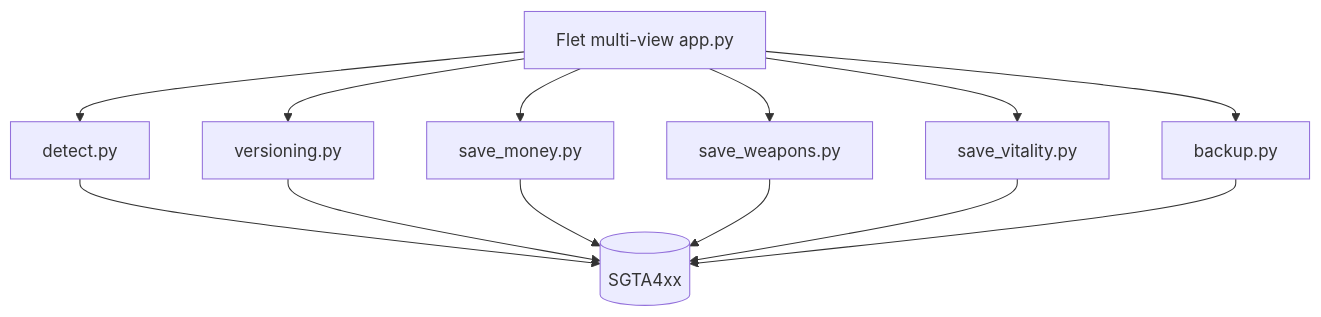
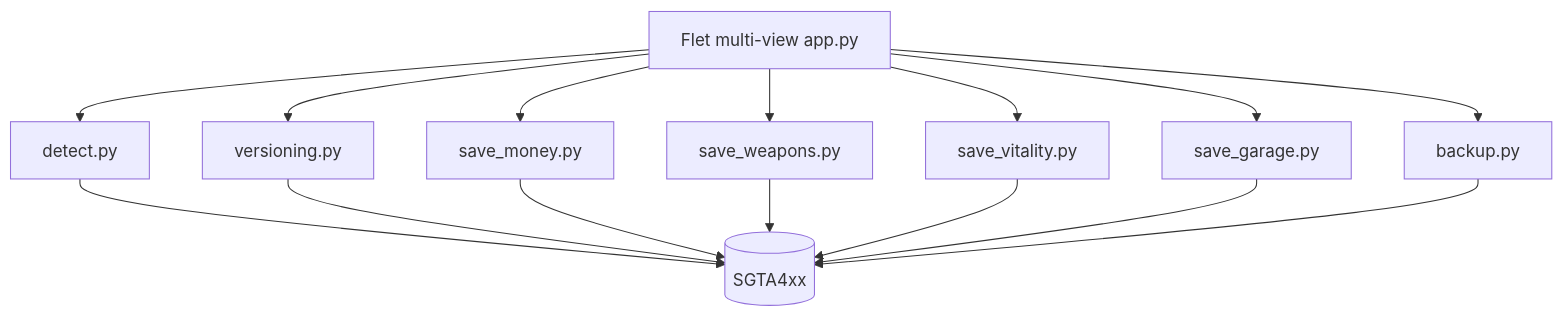
Before and after one commit to Metaheurist/4bucks: the diagram in docs/app-and-features.md, drawn with Mermaid. The commit also changed other lines of this file and 6 other files, not shown here.

````diff
--- a/docs/app-and-features.md
+++ b/docs/app-and-features.md
@@ -5,23 +5,26 @@
 ```mermaid
 flowchart TB
   UI[Flet multi-view app.py]
   Detect[detect.py]
   Ver[versioning.py]
   Money[save_money.py]
   Guns[save_weapons.py]
   Vit[save_vitality.py]
+  Garage[save_garage.py]
   Backup[backup.py]
   Save[(SGTA4xx)]
   UI --> Detect
   UI --> Ver
   UI --> Money
   UI --> Guns
   UI --> Vit
+  UI --> Garage
   UI --> Backup
   Detect --> Save
   Ver --> Save
   Money --> Save
   Guns --> Save
   Vit --> Save
+  Garage --> Save
   Backup --> Save
 ```
````
